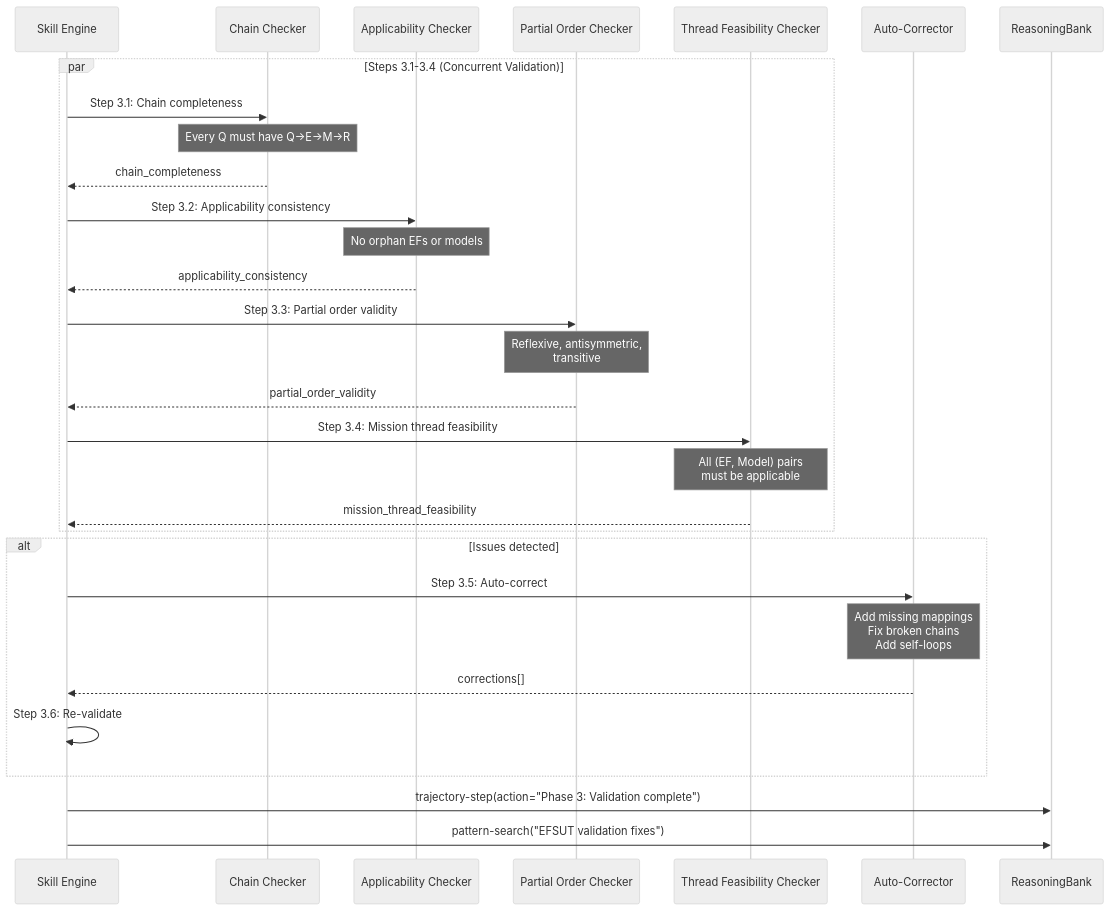
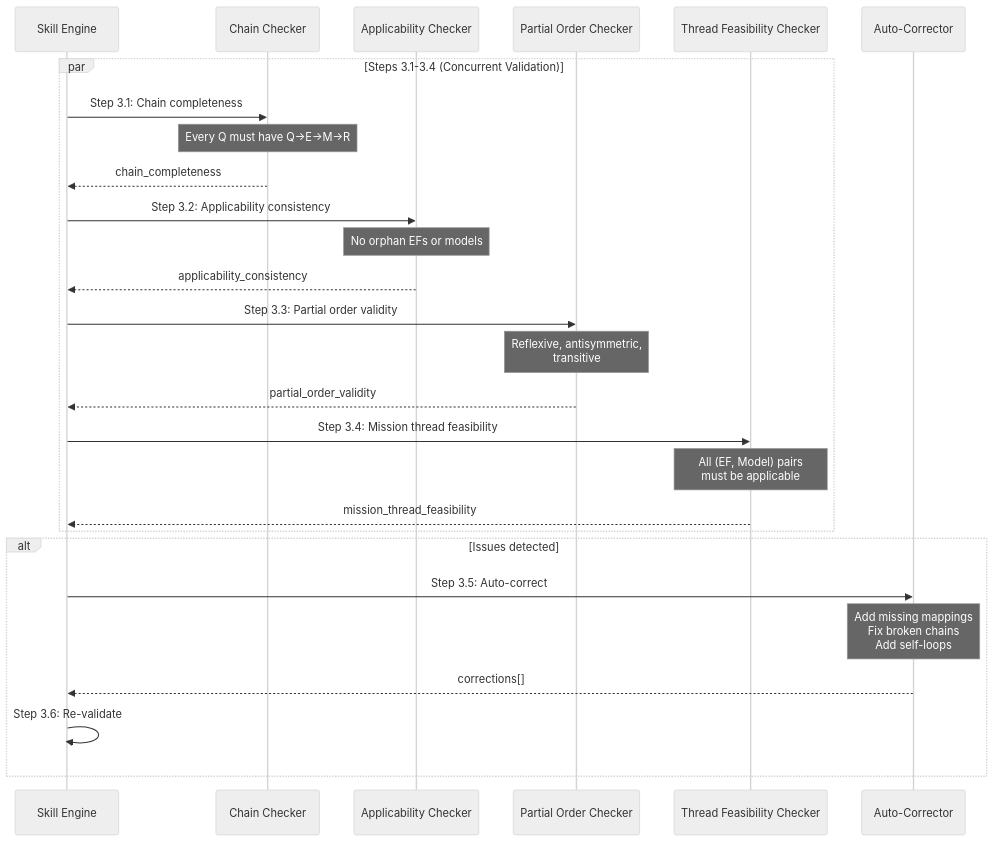
Before and after one commit to ckoertje-rtsync/devs-skills-claude: the sixth of 8 diagrams in skills/generate-ef-sut/SKILL.md, drawn with Mermaid (neutral theme). The commit also changed other lines of this file, not shown here.

First line of the commit message:
generate-ef-sut: drop AgentDB and ReasoningBank hooks

````diff
--- a/skills/generate-ef-sut/SKILL.md
+++ b/skills/generate-ef-sut/SKILL.md
@@ -749,38 +690,34 @@
 ```mermaid
 sequenceDiagram
     participant S as Skill Engine
     participant CC as Chain Checker
     participant AC as Applicability Checker
     participant PO as Partial Order Checker
     participant TF as Thread Feasibility Checker
     participant FX as Auto-Corrector
-    participant RB as ReasoningBank
 
     par Steps 3.1-3.4 (Concurrent Validation)
         S->>CC: Step 3.1: Chain completeness
         Note over CC: Every Q must have Q→E→M→R
         CC-->>S: chain_completeness
 
         S->>AC: Step 3.2: Applicability consistency
         Note over AC: No orphan EFs or models
         AC-->>S: applicability_consistency
 
         S->>PO: Step 3.3: Partial order validity
         Note over PO: Reflexive, antisymmetric,<br/>transitive
         PO-->>S: partial_order_validity
 
         S->>TF: Step 3.4: Mission thread feasibility
         Note over TF: All (EF, Model) pairs<br/>must be applicable
         TF-->>S: mission_thread_feasibility
     end
 
     alt Issues detected
         S->>FX: Step 3.5: Auto-correct
         Note over FX: Add missing mappings<br/>Fix broken chains<br/>Add self-loops
         FX-->>S: corrections[]
         S->>S: Step 3.6: Re-validate
     end
-
-    S->>RB: trajectory-step(action="Phase 3: Validation complete")
-    S->>RB: pattern-search("EFSUT validation fixes")
 ```
````
